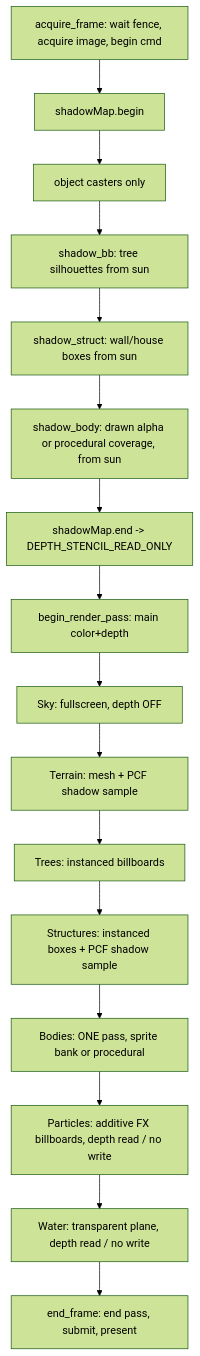
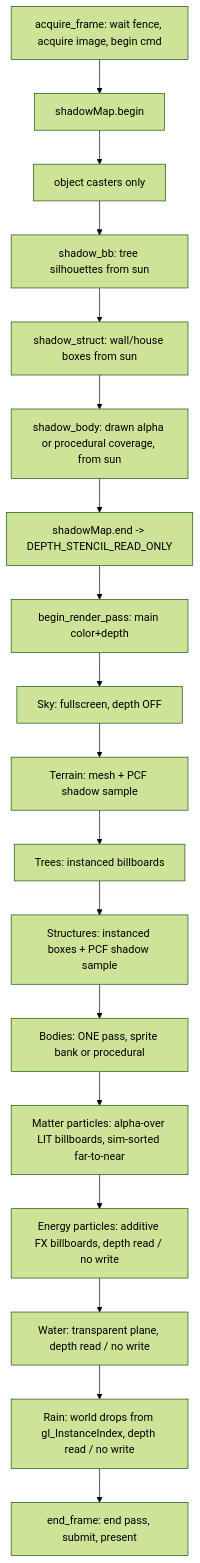
One commit to Jirnyak/Timaert changed the diagram in render.md. Above: the diagram before and after it, drawn with Mermaid (forest theme). The commit also changed other lines of this file and 2 other files, not shown here.

````diff
--- a/render.md
+++ b/render.md
@@ -28,18 +28,20 @@
 ```mermaid
 flowchart TD
     A[acquire_frame: wait fence, acquire image, begin cmd] --> B[shadowMap.begin]
     B --> C[object casters only]
     C --> D[shadow_bb: tree silhouettes from sun]
     D --> Ds[shadow_struct: wall/house boxes from sun]
     Ds --> Dn[shadow_body: drawn alpha or procedural coverage, from sun]
     Dn --> E[shadowMap.end -> DEPTH_STENCIL_READ_ONLY]
     E --> F[begin_render_pass: main color+depth]
     F --> G[Sky: fullscreen, depth OFF]
     G --> H[Terrain: mesh + PCF shadow sample]
     H --> I[Trees: instanced billboards]
     I --> Is[Structures: instanced boxes + PCF shadow sample]
     Is --> In[Bodies: ONE pass, sprite bank or procedural]
-    In --> Ip[Particles: additive FX billboards, depth read / no write]
+    In --> Im[Matter particles: alpha-over LIT billboards, sim-sorted far-to-near]
+    Im --> Ip[Energy particles: additive FX billboards, depth read / no write]
     Ip --> J[Water: transparent plane, depth read / no write]
-    J --> K[end_frame: end pass, submit, present]
+    J --> R[Rain: world drops from gl_InstanceIndex, depth read / no write]
+    R --> K[end_frame: end pass, submit, present]
 ```
````
